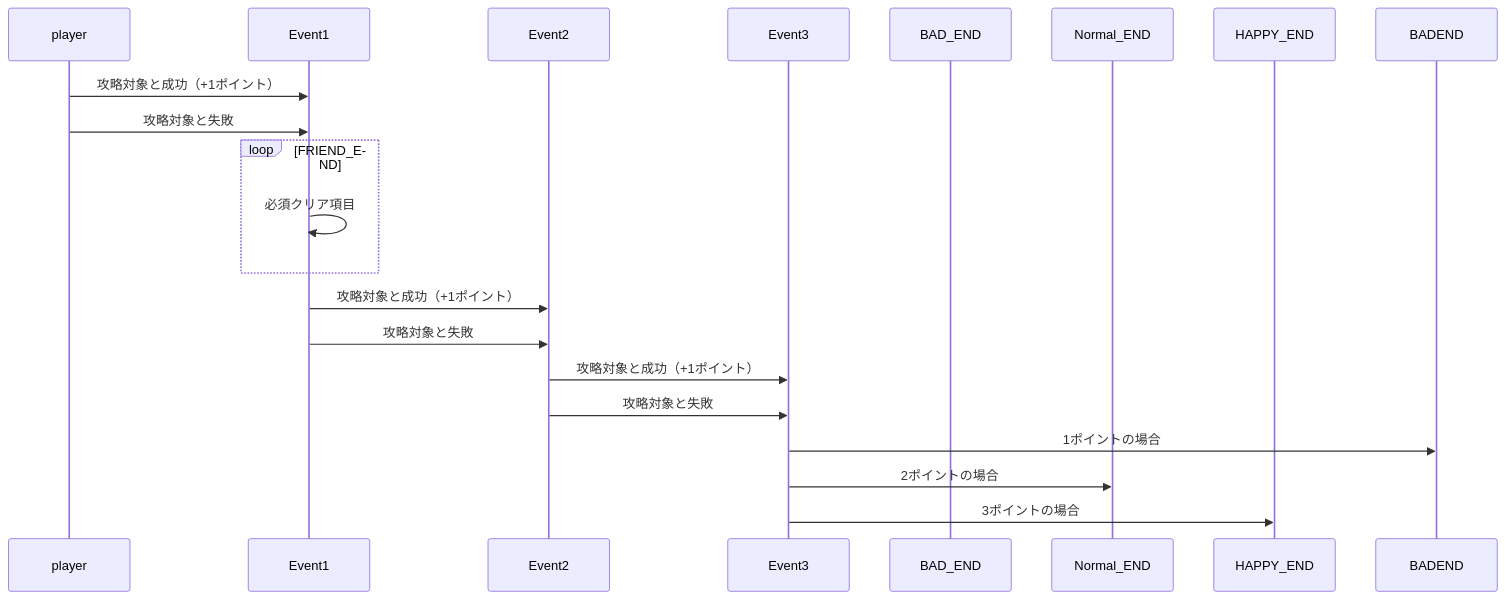
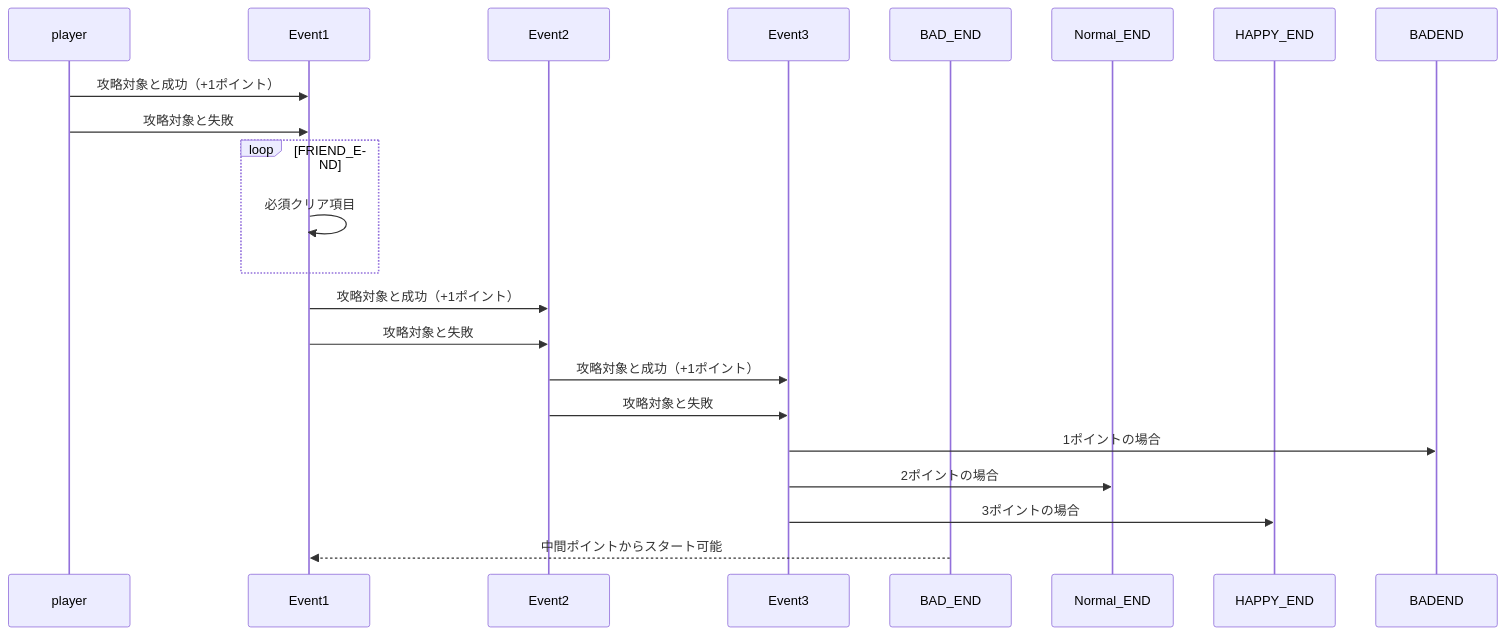
The second of 2 diagrams in README.md (tpu-game-2022/mermaid_test), drawn with Mermaid before and after one commit.

Commit message:
変更しました

````diff
--- a/README.md
+++ b/README.md
@@ -37,22 +37,23 @@
 ```mermaid
 sequenceDiagram
 participant player
 participant　Event1
 participant　Event2
 participant  Event3
 participant　BAD_END
 participant　Normal_END
 participant　HAPPY_END
 player->>Event1:攻略対象と成功（+1ポイント）
 player->>Event1:攻略対象と失敗
 loop FRIEND_END
 Event1->>Event1:必須クリア項目
 end
 Event1->>Event2:攻略対象と成功（+1ポイント）
 Event1->>Event2:攻略対象と失敗
 Event2->>Event3:攻略対象と成功（+1ポイント）
 Event2->>Event3:攻略対象と失敗
 Event3->>BADEND:1ポイントの場合
 Event3->>Normal_END:2ポイントの場合
 Event3->>HAPPY_END:3ポイントの場合
+BAD_END-->>Event1:中間ポイントからスタート可能
 ```
````
